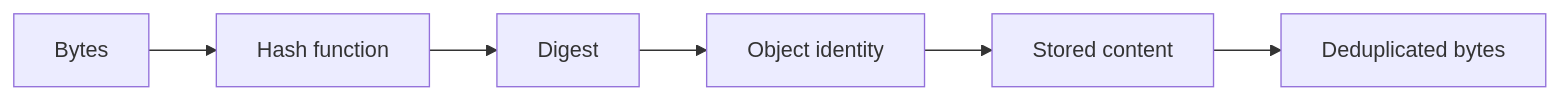
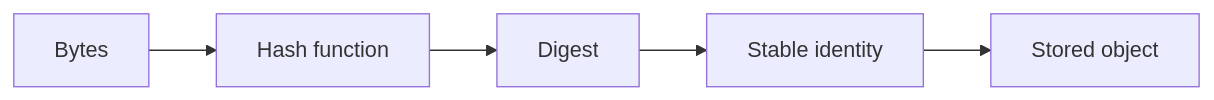
The diagram in website/concepts/content-addressing.md (dmundt/go-cask), drawn with Mermaid before and after one commit. The commit also changed other lines of this file and 19 other files, not shown here.

````diff
--- a/website/concepts/content-addressing.md
+++ b/website/concepts/content-addressing.md
@@ -24,8 +24,7 @@
 ```mermaid
 flowchart LR
-    A[Bytes] --> B[Hash function]
-    B --> C[Digest]
-    C --> D[Object identity]
-    D --> E[Stored content]
-    E --> F[Deduplicated bytes]
+    A["Bytes"] --> B["Hash function"]
+    B --> C["Digest"]
+    C --> D["Stable identity"]
+    D --> E["Stored object"]
 ```
````
